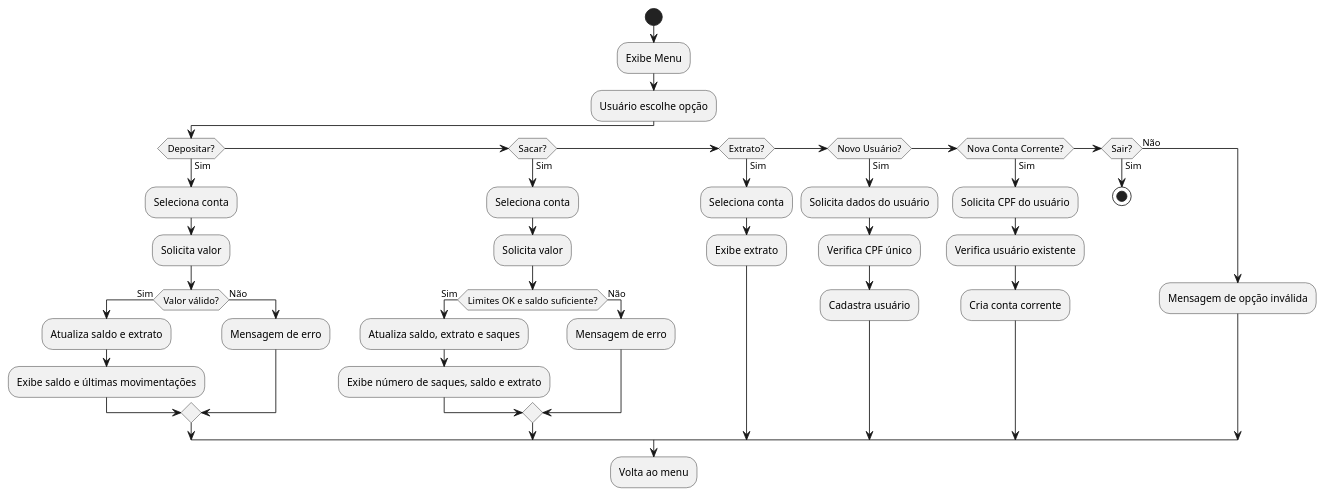
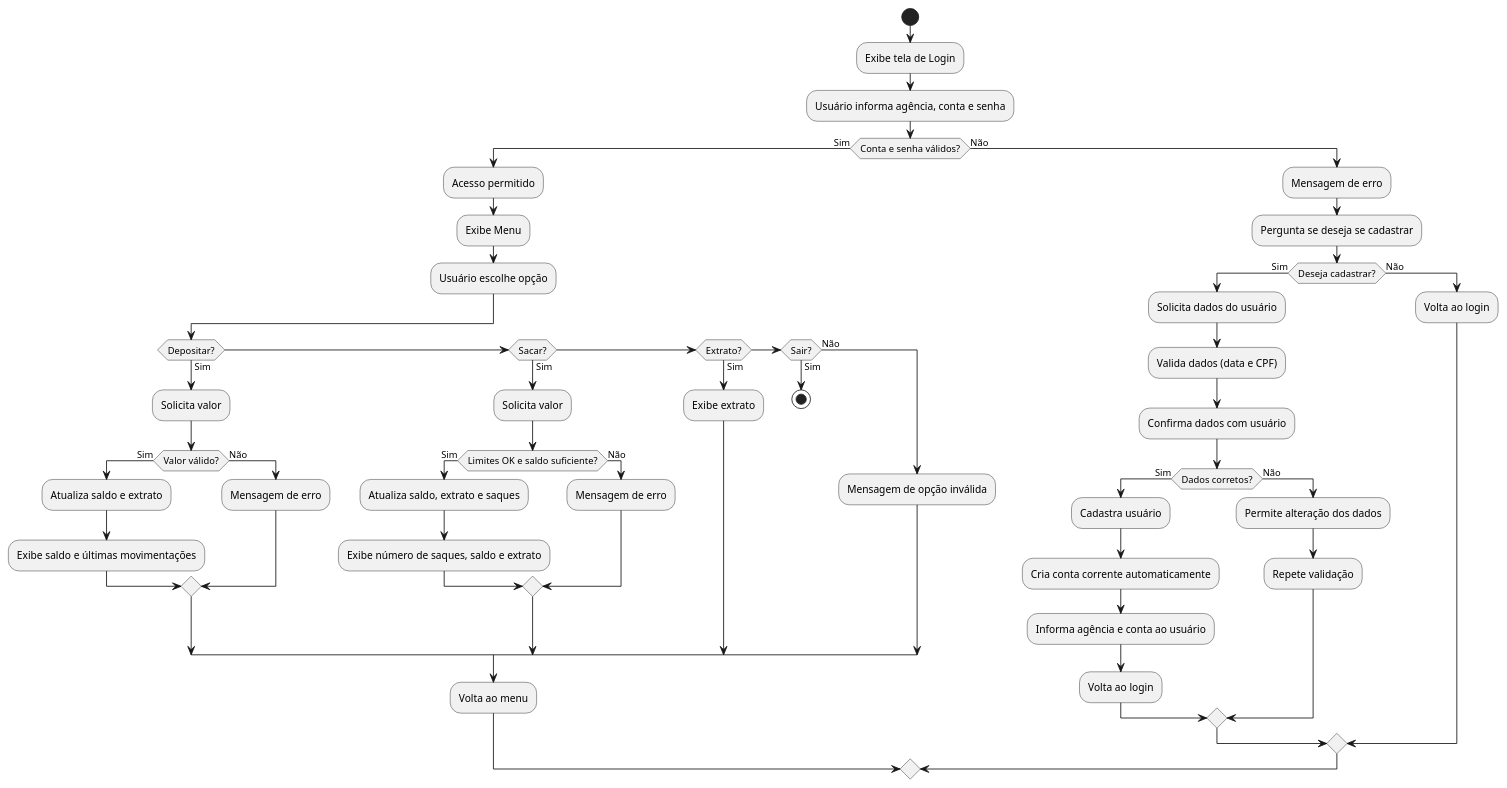
The diagram in scripts/fluxograma.puml (R1c4rd0F4gund3s/DIO-SANTANDER-2025---Back-End-com-Python-novas-funcoes), drawn with PlantUML before and after one commit. The commit also changed 1 other file, not shown here.

Commit message:
Atualizando os arquivos README.md e fluxograma.puml com as alterações de login no sistema

```diff
--- a/scripts/fluxograma.puml
+++ b/scripts/fluxograma.puml
@@ -1,40 +1,53 @@
 @startuml
 start
-:Exibe Menu;
-:Usuário escolhe opção;
-if (Depositar?) then (Sim)
-  :Seleciona conta;
-  :Solicita valor;
-  if (Valor válido?) then (Sim)
-    :Atualiza saldo e extrato;
-    :Exibe saldo e últimas movimentações;
+:Exibe tela de Login;
+:Usuário informa agência, conta e senha;
+if (Conta e senha válidos?) then (Sim)
+  :Acesso permitido;
+  :Exibe Menu;
+  :Usuário escolhe opção;
+  if (Depositar?) then (Sim)
+    :Solicita valor;
+    if (Valor válido?) then (Sim)
+      :Atualiza saldo e extrato;
+      :Exibe saldo e últimas movimentações;
+    else (Não)
+      :Mensagem de erro;
+    endif
+  elseif (Sacar?) then (Sim)
+    :Solicita valor;
+    if (Limites OK e saldo suficiente?) then (Sim)
+      :Atualiza saldo, extrato e saques;
+      :Exibe número de saques, saldo e extrato;
+    else (Não)
+      :Mensagem de erro;
+    endif
+  elseif (Extrato?) then (Sim)
+    :Exibe extrato;
+  elseif (Sair?) then (Sim)
+    stop
   else (Não)
-    :Mensagem de erro;
+    :Mensagem de opção inválida;
   endif
-elseif (Sacar?) then (Sim)
-  :Seleciona conta;
-  :Solicita valor;
-  if (Limites OK e saldo suficiente?) then (Sim)
-    :Atualiza saldo, extrato e saques;
-    :Exibe número de saques, saldo e extrato;
+  :Volta ao menu;
+else (Não)
+  :Mensagem de erro;
+  :Pergunta se deseja se cadastrar;
+  if (Deseja cadastrar?) then (Sim)
+    :Solicita dados do usuário;
+    :Valida dados (data e CPF);
+    :Confirma dados com usuário;
+    if (Dados corretos?) then (Sim)
+      :Cadastra usuário;
+      :Cria conta corrente automaticamente;
+      :Informa agência e conta ao usuário;
+      :Volta ao login;
+    else (Não)
+      :Permite alteração dos dados;
+      :Repete validação;
+    endif
   else (Não)
-    :Mensagem de erro;
+    :Volta ao login;
   endif
-elseif (Extrato?) then (Sim)
-  :Seleciona conta;
-  :Exibe extrato;
-elseif (Novo Usuário?) then (Sim)
-  :Solicita dados do usuário;
-  :Verifica CPF único;
-  :Cadastra usuário;
-elseif (Nova Conta Corrente?) then (Sim)
-  :Solicita CPF do usuário;
-  :Verifica usuário existente;
-  :Cria conta corrente;
-elseif (Sair?) then (Sim)
-  stop
-else (Não)
-  :Mensagem de opção inválida;
 endif
-:Volta ao menu;
 @enduml
```
